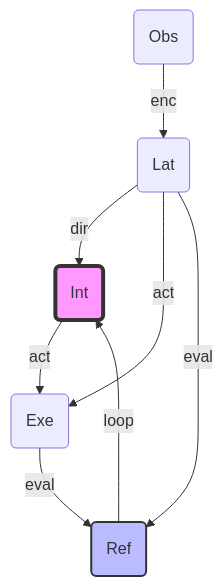
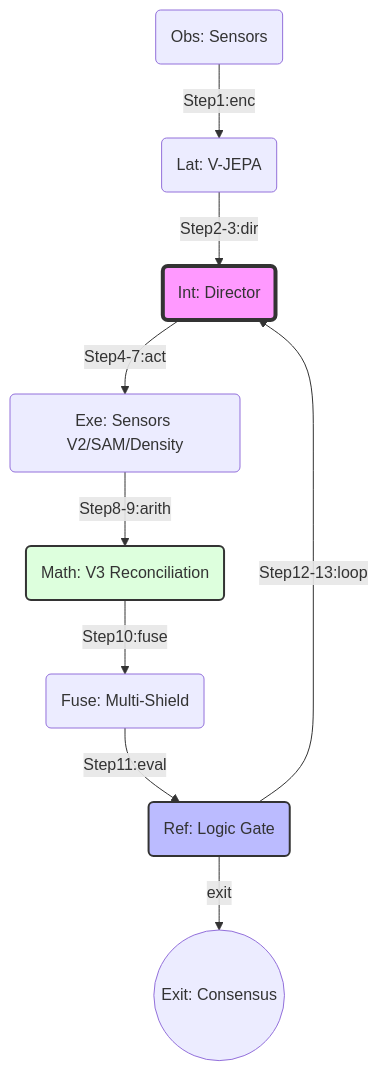
Before and after one commit to Yonnnnnnnnn/numeri-vjepa-experiment: the diagram in AI_Math_Logic.md, drawn with Mermaid. The commit also changed other lines of this file and 153 other files, not shown here.

````diff
--- a/AI_Math_Logic.md
+++ b/AI_Math_Logic.md
@@ -63,13 +63,15 @@
 ```mermaid
 graph TD
-    Obs(Obs) -- enc --> Lat(Lat)
-    Lat -- dir --> Int(Int)
-    Int -- act --> Exe(Exe)
-    Lat -- act --> Exe
-    Exe -- eval --> Ref(Ref)
-    Lat -- eval --> Ref
-    Ref -- loop --> Int
+    Obs(Obs: Sensors) -- Step1:enc --> Lat(Lat: V-JEPA)
+    Lat -- Step2-3:dir --> Int(Int: Director)
+    Int -- Step4-7:act --> Exe(Exe: Sensors V2/SAM/Density)
+    Exe -- Step8-9:arith --> Math(Math: V3 Reconciliation)
+    Math -- Step10:fuse --> Fuse(Fuse: Multi-Shield)
+    Fuse -- Step11:eval --> Ref(Ref: Logic Gate)
+    Ref -- Step12-13:loop --> Int
+    Ref -- exit --> Result((Exit: Consensus))
 
     style Int fill:#f9f,stroke:#333,stroke-width:4px
     style Ref fill:#bbf,stroke:#333,stroke-width:2px
+    style Math fill:#dfd,stroke:#333,stroke-width:2px
 ```
````
